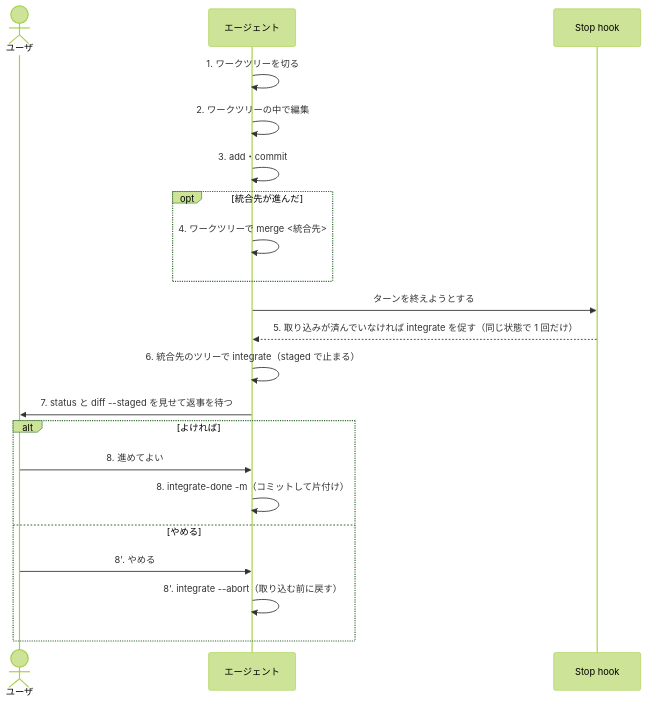
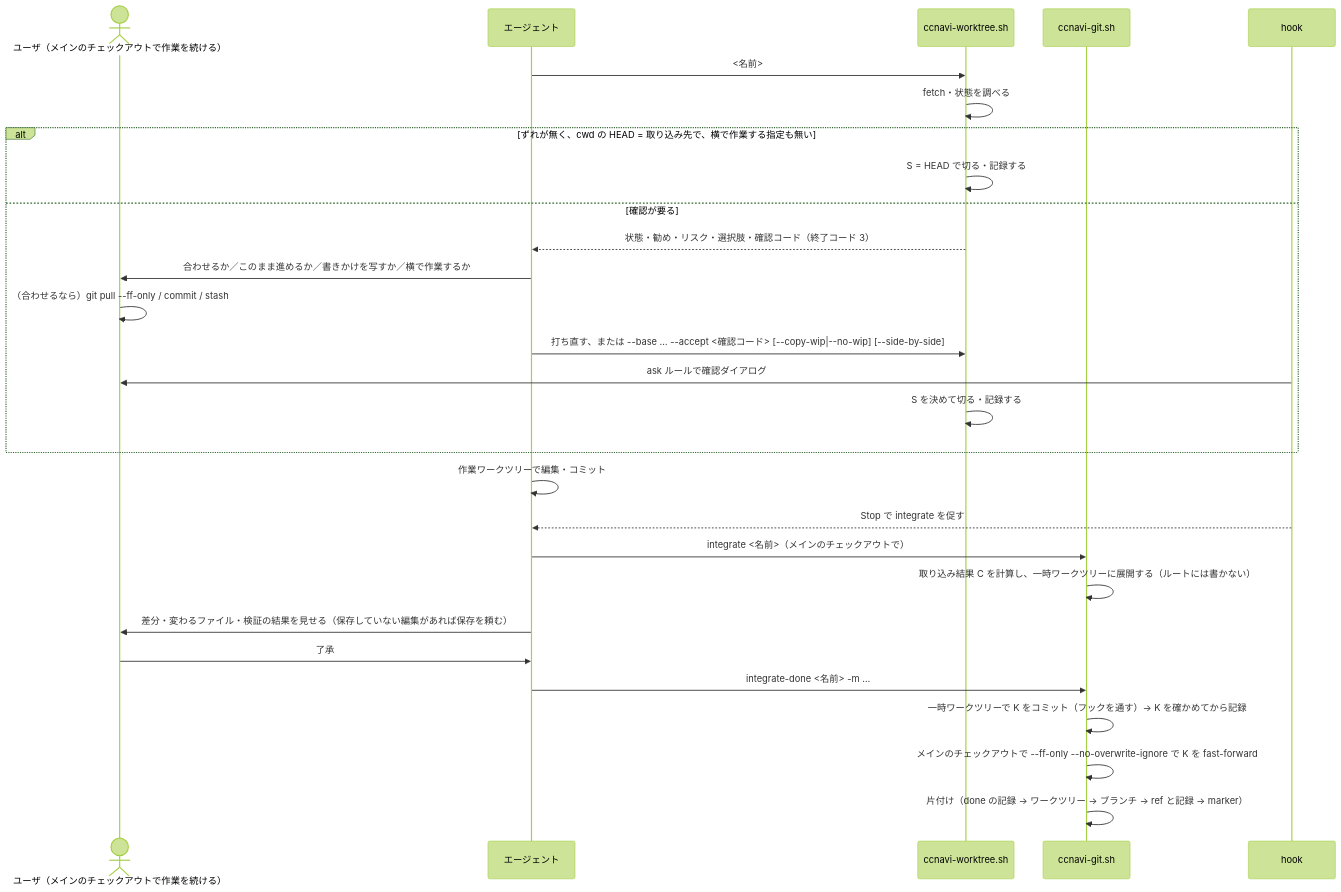
The diagram in .ccnavi/docs/direct-flow.md (yuki-matsu783/ccnavi), drawn with Mermaid (forest theme) before and after one commit. The commit also changed other lines of this file and 60 other files, not shown here.

````diff
--- a/.ccnavi/docs/direct-flow.md
+++ b/.ccnavi/docs/direct-flow.md
@@ -17,24 +47,30 @@
 ```mermaid
 sequenceDiagram
-  actor U as ユーザ
+  actor U as ユーザ（メインのチェックアウトで作業を続ける）
   participant A as エージェント
-  participant H as Stop hook
-
-  A->>A: 1. ワークツリーを切る
-  A->>A: 2. ワークツリーの中で編集
-  A->>A: 3. add・commit
-  opt 統合先が進んだ
-    A->>A: 4. ワークツリーで merge <統合先>
+  participant W as ccnavi-worktree.sh
+  participant G as ccnavi-git.sh
+  participant H as hook
+  A->>W: <名前>
+  W->>W: fetch・状態を調べる
+  alt ずれが無く、cwd の HEAD = 取り込み先で、横で作業する指定も無い
+    W->>W: S = HEAD で切る・記録する
+  else 確認が要る
+    W-->>A: 状態・勧め・リスク・選択肢・確認コード（終了コード 3）
+    A->>U: 合わせるか／このまま進めるか／書きかけを写すか／横で作業するか
+    U->>U: （合わせるなら）git pull --ff-only / commit / stash
+    A->>W: 打ち直す、または --base … --accept <確認コード> [--copy-wip|--no-wip] [--side-by-side]
+    H->>U: ask ルールで確認ダイアログ
+    W->>W: S を決めて切る・記録する
   end
-  A->>H: ターンを終えようとする
-  H-->>A: 5. 取り込みが済んでいなければ integrate を促す（同じ状態で 1 回だけ）
-  A->>A: 6. 統合先のツリーで integrate（staged で止まる）
-  A->>U: 7. status と diff --staged を見せて返事を待つ
-  alt よければ
-    U->>A: 8. 進めてよい
-    A->>A: 8. integrate-done -m（コミットして片付け）
-  else やめる
-    U->>A: 8'. やめる
-    A->>A: 8'. integrate --abort（取り込む前に戻す）
-  end
+  A->>A: 作業ワークツリーで編集・コミット
+  H-->>A: Stop で integrate を促す
+  A->>G: integrate <名前>（メインのチェックアウトで）
+  G->>G: 取り込み結果 C を計算し、一時ワークツリーに展開する（ルートには書かない）
+  A->>U: 差分・変わるファイル・検証の結果を見せる（保存していない編集があれば保存を頼む）
+  U->>A: 了承
+  A->>G: integrate-done <名前> -m …
+  G->>G: 一時ワークツリーで K をコミット（フックを通す）→ K を確かめてから記録
+  G->>G: メインのチェックアウトで --ff-only --no-overwrite-ignore で K を fast-forward
+  G->>G: 片付け（done の記録 → ワークツリー → ブランチ → ref と記録 → marker）
 ```
````
